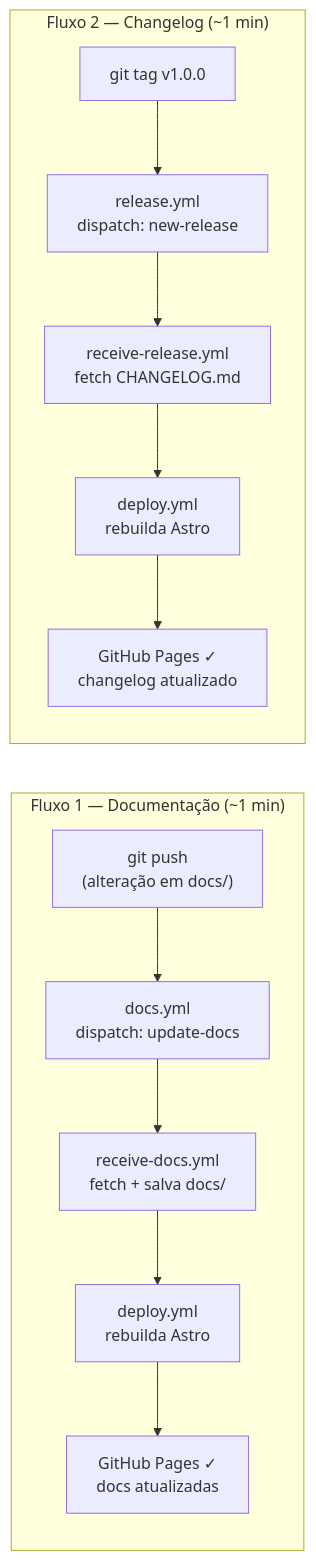
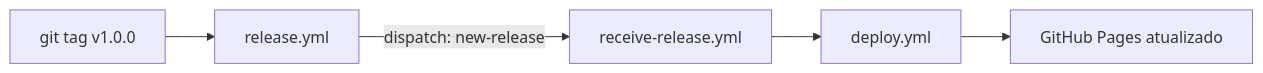
One commit to uMatheusx/portfolio-hub changed the third of 5 diagrams in docs/gitops-portfolio-lambda/architecture.md. Above: the diagram before and after it, drawn with Mermaid. The commit also changed other lines of this file and 1 other file, not shown here.

Commit message:
fix: architecture default project

````diff
--- a/docs/gitops-portfolio-lambda/architecture.md
+++ b/docs/gitops-portfolio-lambda/architecture.md
@@ -39,18 +51,7 @@
 ```mermaid
 flowchart LR
-    subgraph F1["Fluxo 1 — Documentação  (~1 min)"]
-        direction TB
-        A1["git push\n(alteração em docs/)"] --> B1["docs.yml\ndispatch: update-docs"]
-        B1 --> C1["receive-docs.yml\nfetch + salva docs/"]
-        C1 --> D1["deploy.yml\nrebuilda Astro"]
-        D1 --> E1["GitHub Pages ✓\ndocs atualizadas"]
-    end
-
-    subgraph F2["Fluxo 2 — Changelog  (~1 min)"]
-        direction TB
-        A2["git tag v1.0.0"] --> B2["release.yml\ndispatch: new-release"]
-        B2 --> C2["receive-release.yml\nfetch CHANGELOG.md"]
-        C2 --> D2["deploy.yml\nrebuilda Astro"]
-        D2 --> E2["GitHub Pages ✓\nchangelog atualizado"]
-    end
+    A2["git tag v1.0.0"] --> B2["release.yml"]
+    B2 -->|"dispatch: new-release"| C2["receive-release.yml"]
+    C2 --> D2["deploy.yml"]
+    D2 --> E2["GitHub Pages atualizado"]
 ```
````
